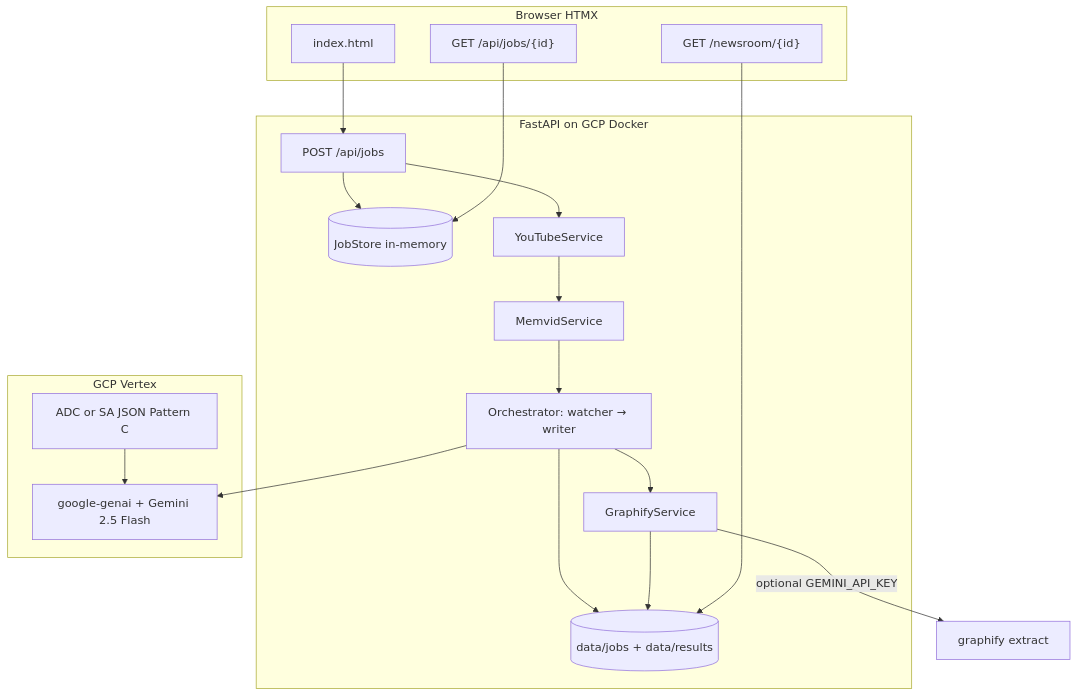
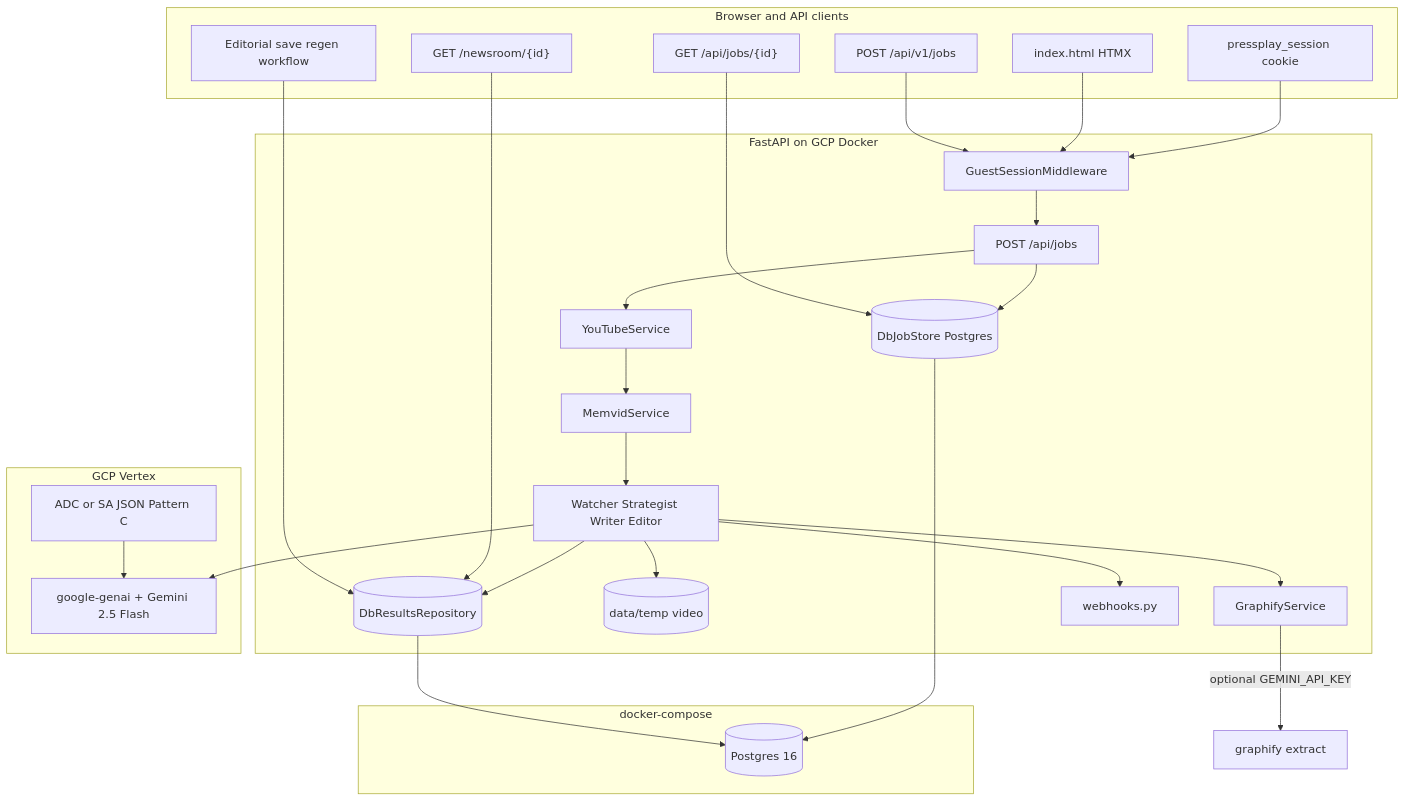
One commit to sethum-VS/PressPlay changed the diagram in Project Specification.md. Above: the diagram before and after it, drawn with Mermaid. The commit also changed other lines of this file and 2 other files, not shown here.

````diff
--- a/Project Specification.md
+++ b/Project Specification.md
@@ -83,34 +103,51 @@
 ```mermaid
 flowchart TB
-  subgraph client [Browser HTMX]
-    UI[index.html]
+  subgraph client [Browser and API clients]
+    UI[index.html HTMX]
+    Cookie[pressplay_session cookie]
+    V1["POST /api/v1/jobs"]
     Poll["GET /api/jobs/{id}"]
     Result["GET /newsroom/{id}"]
+    Edit[Editorial save regen workflow]
   end
 
   subgraph api [FastAPI on GCP Docker]
+    MW[GuestSessionMiddleware]
     POST["POST /api/jobs"]
-    JobStore[(JobStore in-memory)]
-    Disk[(data/jobs + data/results)]
+    JobRepo[(DbJobStore Postgres)]
+    KitRepo[(DbResultsRepository)]
+    TempDisk[(data/temp video)]
     YT[YouTubeService]
     MV[MemvidService]
-    ORCH[Orchestrator: watcher → writer]
+    ORCH[Watcher Strategist Writer Editor]
     GF[GraphifyService]
+    WH[webhooks.py]
+  end
+
+  subgraph data [docker-compose]
+    PG[(Postgres 16)]
   end
 
   subgraph gcp [GCP Vertex]
     Gemini[google-genai + Gemini 2.5 Flash]
     ADC[ADC or SA JSON Pattern C]
   end
 
-  UI --> POST
-  POST --> JobStore
+  Cookie --> MW
+  UI --> MW
+  V1 --> MW
+  MW --> POST
+  POST --> JobRepo
   POST --> YT --> MV --> ORCH --> GF
   ORCH --> Gemini
   ADC --> Gemini
   GF -->|optional GEMINI_API_KEY| GraphifyCLI[graphify extract]
-  Poll --> JobStore
-  ORCH --> Disk
-  GF --> Disk
-  Result --> Disk
+  Poll --> JobRepo
+  ORCH --> KitRepo
+  ORCH --> TempDisk
+  ORCH --> WH
+  Result --> KitRepo
+  Edit --> KitRepo
+  JobRepo --> PG
+  KitRepo --> PG
 ```
````
